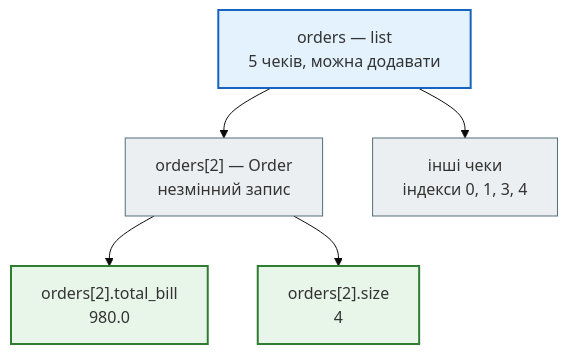
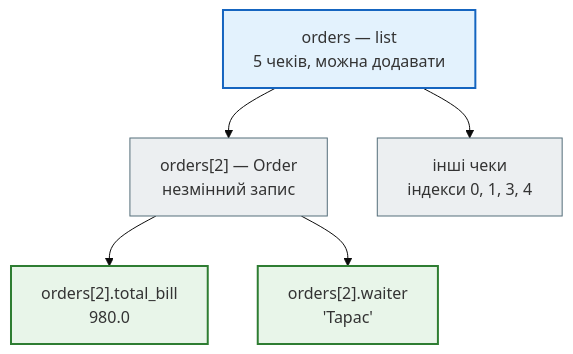
Before and after one commit to AlinaRadchenko/PY-Course-Victor-Nikoriak-22-09-2026: the second of 4 diagrams in docs/modules/m1/lesson_05.md, drawn with Mermaid (base theme). The commit also changed other lines of this file and 13 other files, not shown here.

````diff
--- a/docs/modules/m1/lesson_05.md
+++ b/docs/modules/m1/lesson_05.md
@@ -467,17 +470,17 @@
 ```mermaid
 flowchart TD
     classDef step     fill:#eceff1,stroke:#546e7a,stroke-width:1px;
     classDef decision fill:#e3f2fd,stroke:#1565c0,stroke-width:2px;
     classDef success  fill:#e8f5e9,stroke:#2e7d32,stroke-width:2px;
     classDef error    fill:#ffebee,stroke:#c62828,stroke-width:3px;
     classDef warning  fill:#fff8e1,stroke:#e65100,stroke-width:2px;
 
     L["orders — list<br>5 чеків, можна додавати"] --> O2["orders[2] — Order<br>незмінний запис"]
     L --> ON["інші чеки<br>індекси 0, 1, 3, 4"]
     O2 --> F1["orders[2].total_bill<br>980.0"]
-    O2 --> F2["orders[2].size<br>4"]
+    O2 --> F2["orders[2].waiter<br>'Тарас'"]
 
     class L decision
     class O2,ON step
     class F1,F2 success
 ```
````
